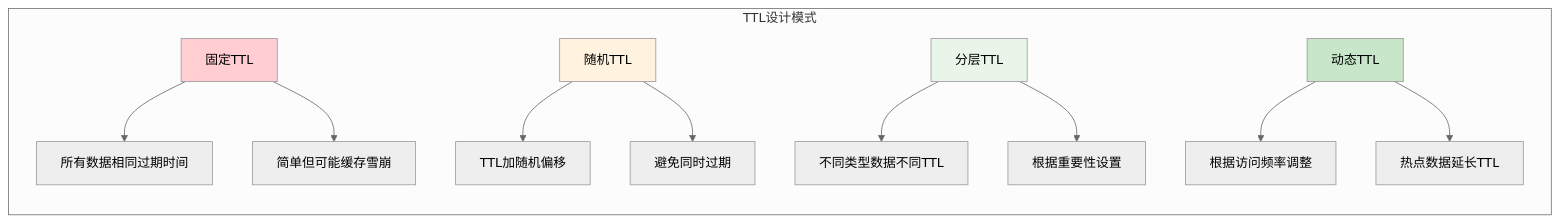
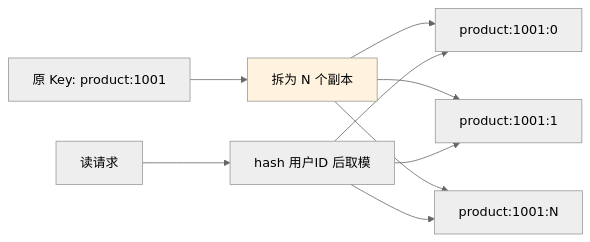
One commit to chongyang211/YCBookBlog changed diagram 13 of 16 in 00.通用技术的提升/07.方案设计思想/卷二-数据与存储/07.缓存架构设计思想.md. Above: the diagram before and after it, drawn with Mermaid (neutral theme). The commit also changed other lines of this file and 44 other files, not shown here.

````diff
--- a/00.通用技术的提升/07.方案设计思想/卷二-数据与存储/07.缓存架构设计思想.md
+++ b/00.通用技术的提升/07.方案设计思想/卷二-数据与存储/07.缓存架构设计思想.md
@@ -920,21 +554,14 @@
 ```mermaid
 graph LR
-    subgraph "TTL设计模式"
-        A[固定TTL] --> A1[所有数据相同过期时间]
-        A --> A2[简单但可能缓存雪崩]
-        
-        B[随机TTL] --> B1[TTL加随机偏移]
-        B --> B2[避免同时过期]
-        
-        C[分层TTL] --> C1[不同类型数据不同TTL]
-        C --> C2[根据重要性设置]
-        
-        D[动态TTL] --> D1[根据访问频率调整]
-        D --> D2[热点数据延长TTL]
-    end
+    A[原 Key: product:1001] --> B[拆为 N 个副本]
+    B --> C[product:1001:0]
+    B --> D[product:1001:1]
+    B --> E[product:1001:N]
     
-    style A fill:#ffcdd2
+    Read[读请求] --> Hash[hash 用户ID 后取模]
+    Hash --> C
+    Hash --> D
+    Hash --> E
+    
     style B fill:#fff3e0
-    style C fill:#e8f5e8
-    style D fill:#c8e6c9
 ```
````
